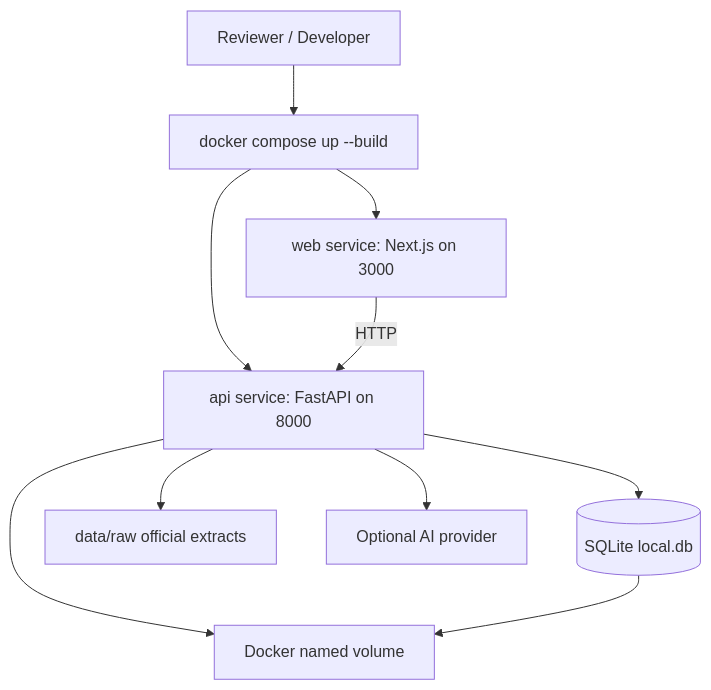
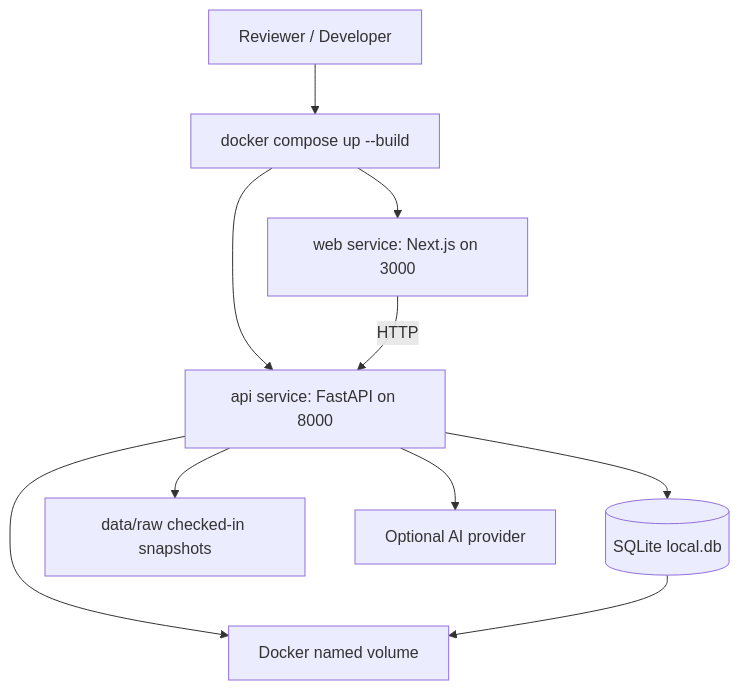
One commit to wkcjay/commercial-asset-screening changed the second of 6 diagrams in docs/design-review.md. Above: the diagram before and after it, drawn with Mermaid. The commit also changed other lines of this file and 3 other files, not shown here.

````diff
--- a/docs/design-review.md
+++ b/docs/design-review.md
@@ -38,15 +40,15 @@
 ```mermaid
 flowchart TD
   reviewer[Reviewer / Developer] --> compose[docker compose up --build]
 
   compose --> api[api service: FastAPI on 8000]
   compose --> web[web service: Next.js on 3000]
 
   api --> db[(SQLite local.db)]
-  api --> raw[data/raw official extracts]
+  api --> raw[data/raw checked-in snapshots]
   api --> volume[Docker named volume]
   db --> volume
 
   web -->|HTTP| api
   api --> optional_ai[Optional AI provider]
 ```
````
